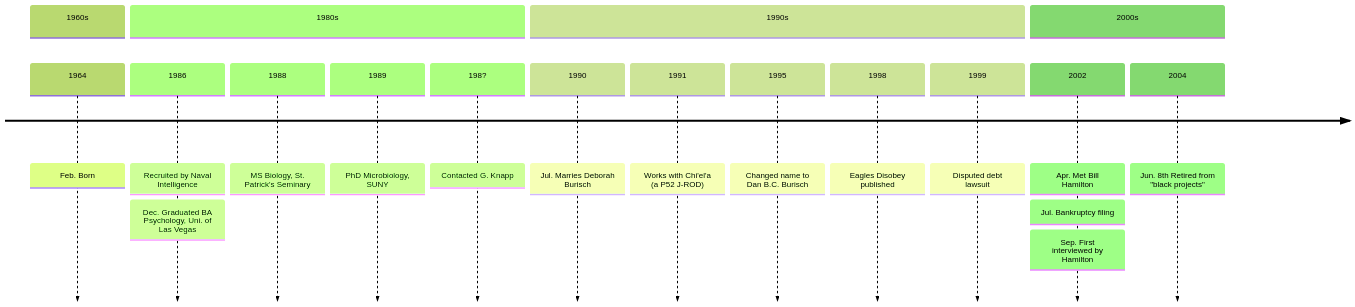
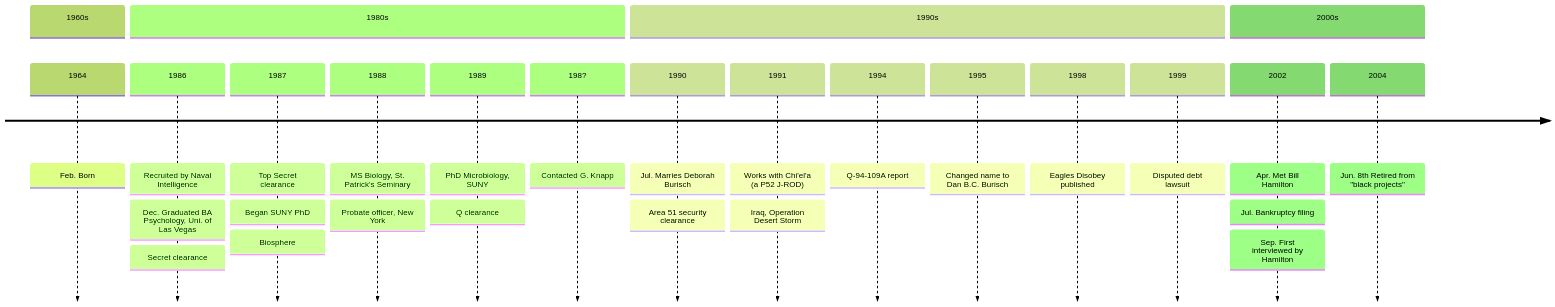
The diagram in docs/people/burisch_dan.md (Black-Star-Institute/blackstar.github.io), drawn with Mermaid (forest theme) before and after one commit. The commit also changed other lines of this file, not shown here.

````diff
--- a/docs/people/burisch_dan.md
+++ b/docs/people/burisch_dan.md
@@ -6,22 +7,31 @@
 ```mermaid
 timeline
     section 1960s
         1964 : Feb. Born
     section 1980s
         1986 : Recruited by Naval Intelligence
              : Dec. Graduated BA Psychology, Uni. of Las Vegas
+             : Secret clearance
+        1987 : Top Secret clearance
+             : Began SUNY PhD
+             : Biosphere
         1988 : MS Biology, St. Patrick's Seminary
+             : Probate officer, New York
         1989 : PhD Microbiology, SUNY
+             : Q clearance
         198? : Contacted G. Knapp
     section 1990s
         1990 : Jul. Marries Deborah Burisch
+             : Area 51 security clearance
         1991 : Works with Chi'el'a (a P52 J-ROD)
+             : Iraq, Operation Desert Storm
+        1994 : Q-94-109A report
         1995 : Changed name to Dan B.C. Burisch
         1998 : Eagles Disobey published
         1999 : Disputed debt lawsuit
     section 2000s
         2002 : Apr. Met Bill Hamilton
              : Jul. Bankruptcy filing
              : Sep. First interviewed by Hamilton
         2004 : Jun. 8th Retired from "black projects"
 ```
````
